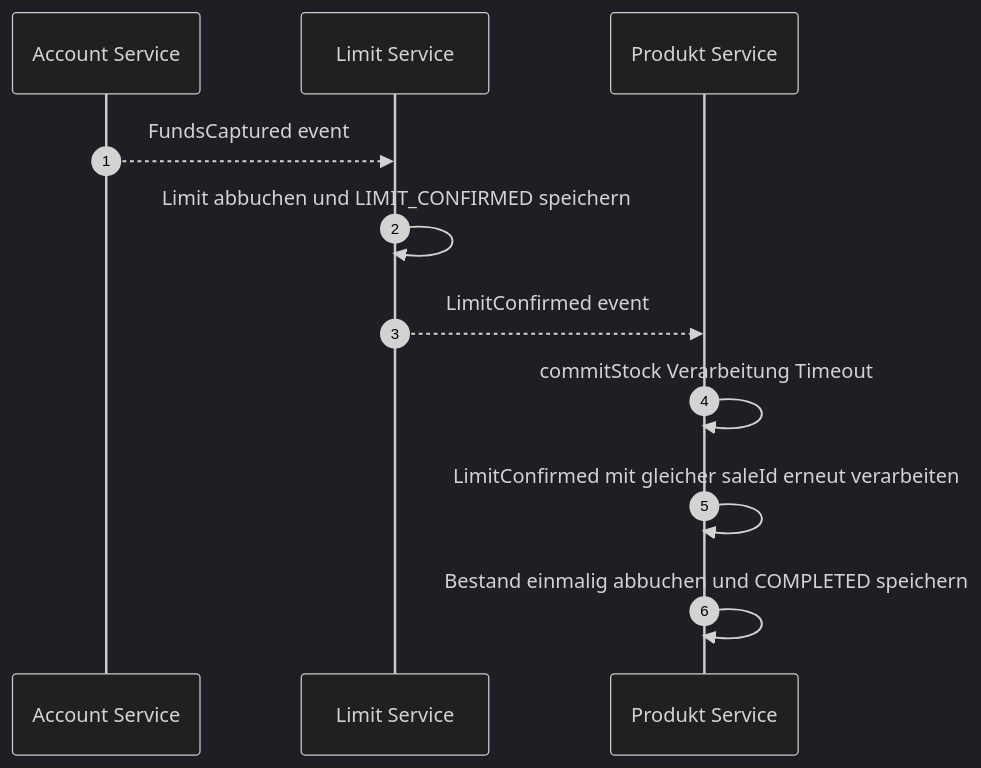
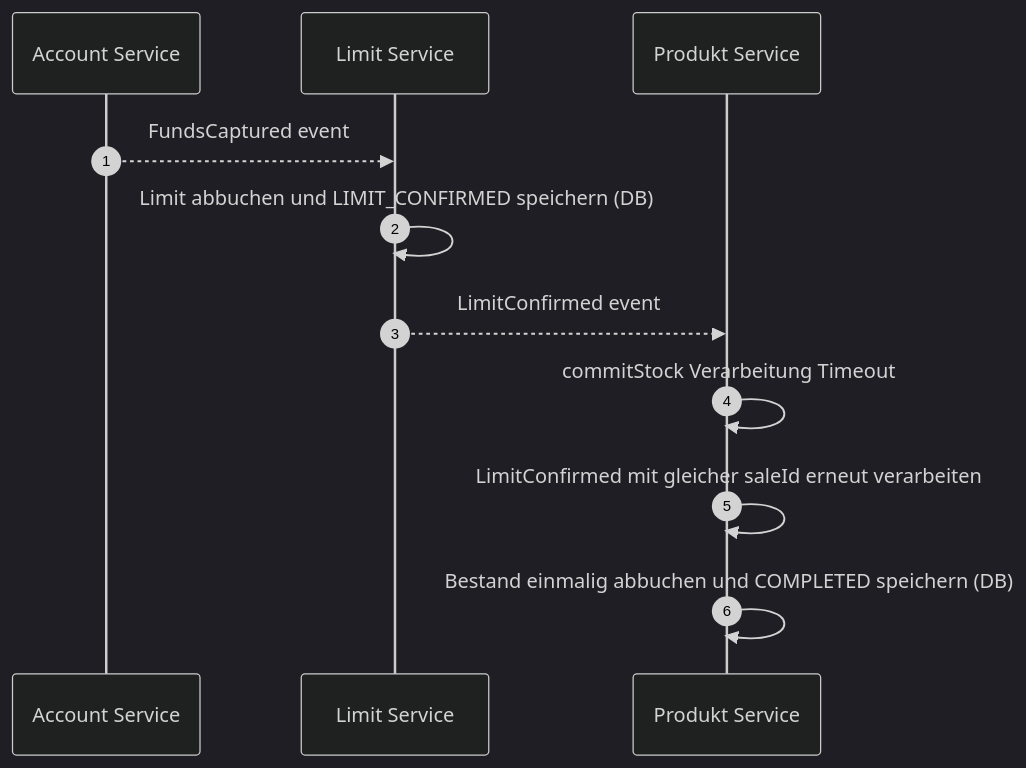
One commit to Adrian-Hansen-dev/second-hand-ticket-app changed diagram 26 of 29 in project-2/abgabe_projekt_2.md. Above: the diagram before and after it, drawn with Mermaid (dark theme). The commit also changed other lines of this file, not shown here.

First line of the commit message:
Projekt 2: Persistenz und Recovery ergänzt

````diff
--- a/project-2/abgabe_projekt_2.md
+++ b/project-2/abgabe_projekt_2.md
@@ -764,14 +787,14 @@
 ```mermaid
 sequenceDiagram
     autonumber
     participant AS as Account Service
     participant LS as Limit Service
     participant PS as Produkt Service
 
     AS-->>LS: FundsCaptured event
-    LS->>LS: Limit abbuchen und LIMIT_CONFIRMED speichern
+    LS->>LS: Limit abbuchen und LIMIT_CONFIRMED speichern (DB)
     LS-->>PS: LimitConfirmed event
     PS->>PS: commitStock Verarbeitung Timeout
     PS->>PS: LimitConfirmed mit gleicher saleId erneut verarbeiten
-    PS->>PS: Bestand einmalig abbuchen und COMPLETED speichern
+    PS->>PS: Bestand einmalig abbuchen und COMPLETED speichern (DB)
 ```
````
